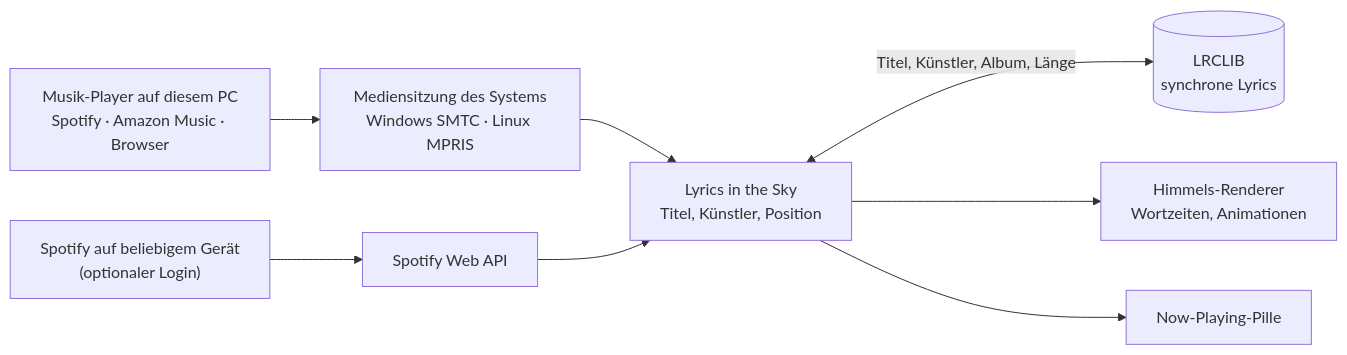
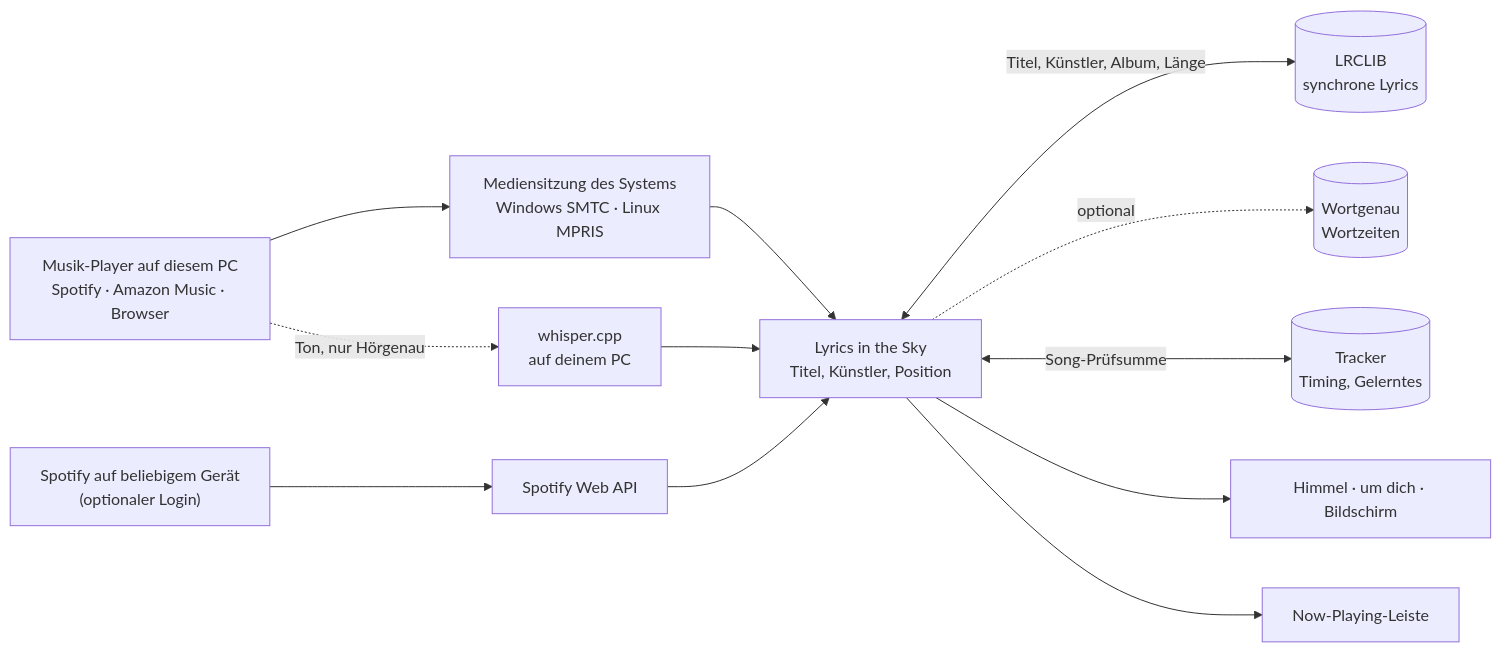
One commit to Henner4746/lyrics-in-the-sky changed the diagram in README.de.md. Above: the diagram before and after it, drawn with Mermaid. The commit also changed other lines of this file and 1 other file, not shown here.

````diff
--- a/README.de.md
+++ b/README.de.md
@@ -144,10 +263,14 @@
 ```mermaid
 flowchart LR
     A["Musik-Player auf diesem PC<br/>Spotify · Amazon Music · Browser"] --> B["Mediensitzung des Systems<br/>Windows SMTC · Linux MPRIS"]
+    G["Spotify auf beliebigem Gerät<br/>(optionaler Login)"] --> H["Spotify Web API"]
     B --> C["Lyrics in the Sky<br/>Titel, Künstler, Position"]
-    G["Spotify auf beliebigem Gerät<br/>(optionaler Login)"] --> H["Spotify Web API"]
     H --> C
     C <-->|"Titel, Künstler, Album, Länge"| D[("LRCLIB<br/>synchrone Lyrics")]
-    C --> E["Himmels-Renderer<br/>Wortzeiten, Animationen"]
-    C --> F["Now-Playing-Pille"]
+    C -.->|"optional"| W[("Wortgenau<br/>Wortzeiten")]
+    C <-->|"Song-Prüfsumme"| T[("Tracker<br/>Timing, Gelerntes")]
+    A -.->|"Ton, nur Hörgenau"| K["whisper.cpp<br/>auf deinem PC"]
+    K --> C
+    C --> E["Himmel · um dich · Bildschirm"]
+    C --> F["Now-Playing-Leiste"]
 ```
````
